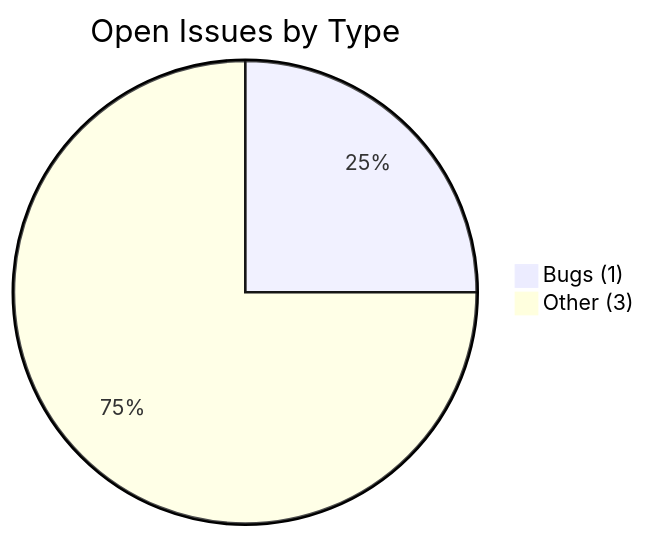
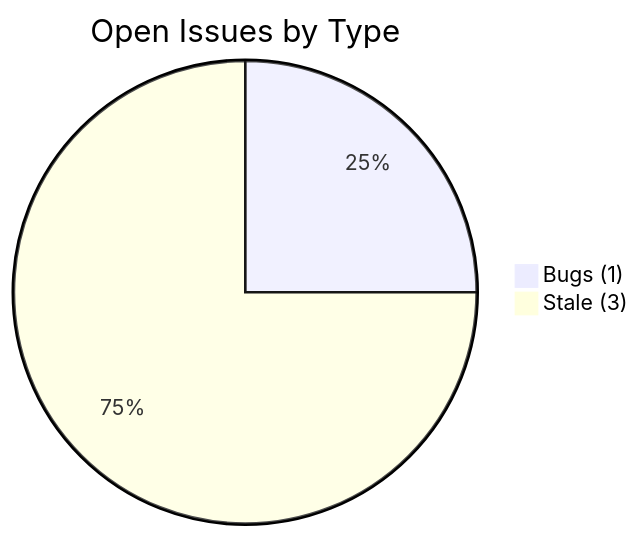
The second of 4 diagrams in docs/tracker.md (Nitsur10/invoice-dashboard-deploy), drawn with Mermaid before and after one commit. The commit also changed other lines of this file and 1 other file, not shown here.

````diff
--- a/docs/tracker.md
+++ b/docs/tracker.md
@@ -30,8 +30,8 @@
 ```mermaid
 pie title Open Issues by Type
     
     "Bugs (1)" : 1
+    "Stale (3)" : 3
     
-    "Other (3)" : 3
     
 ```
````
